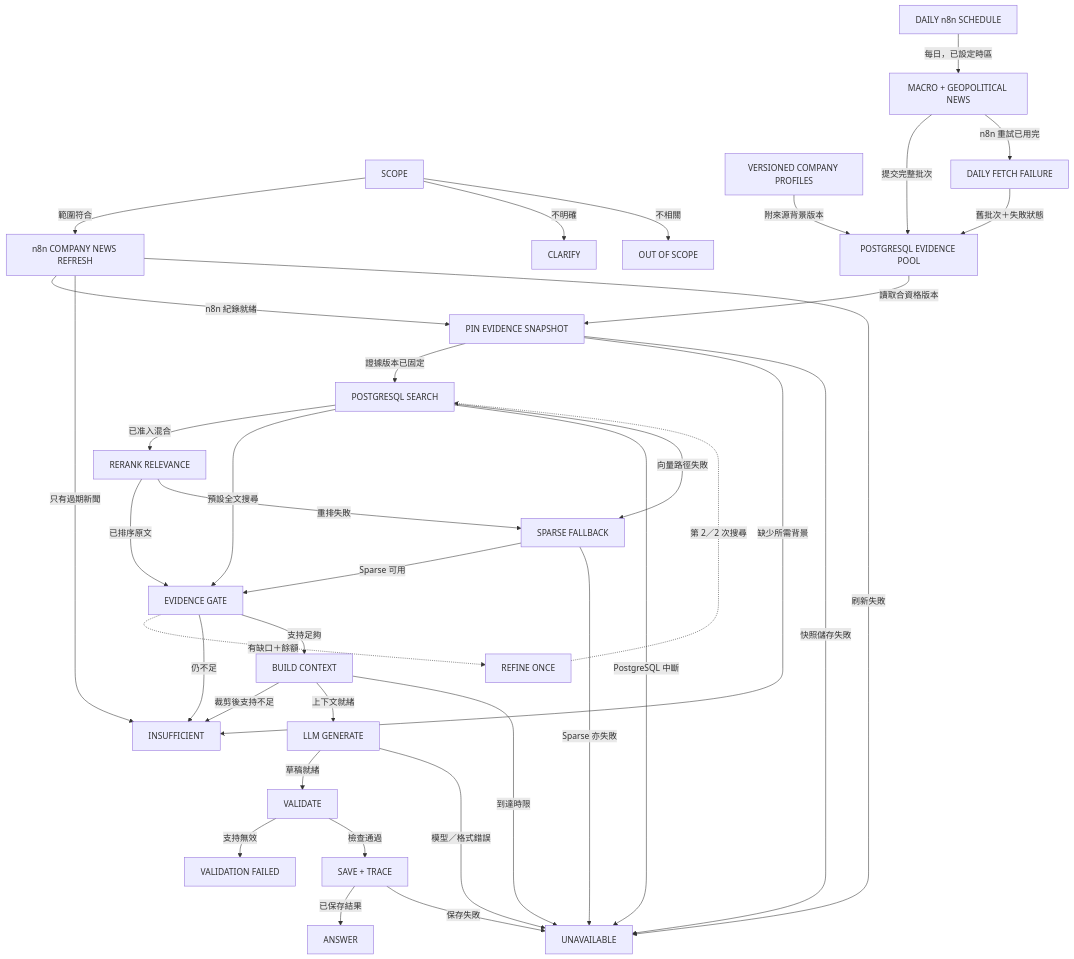
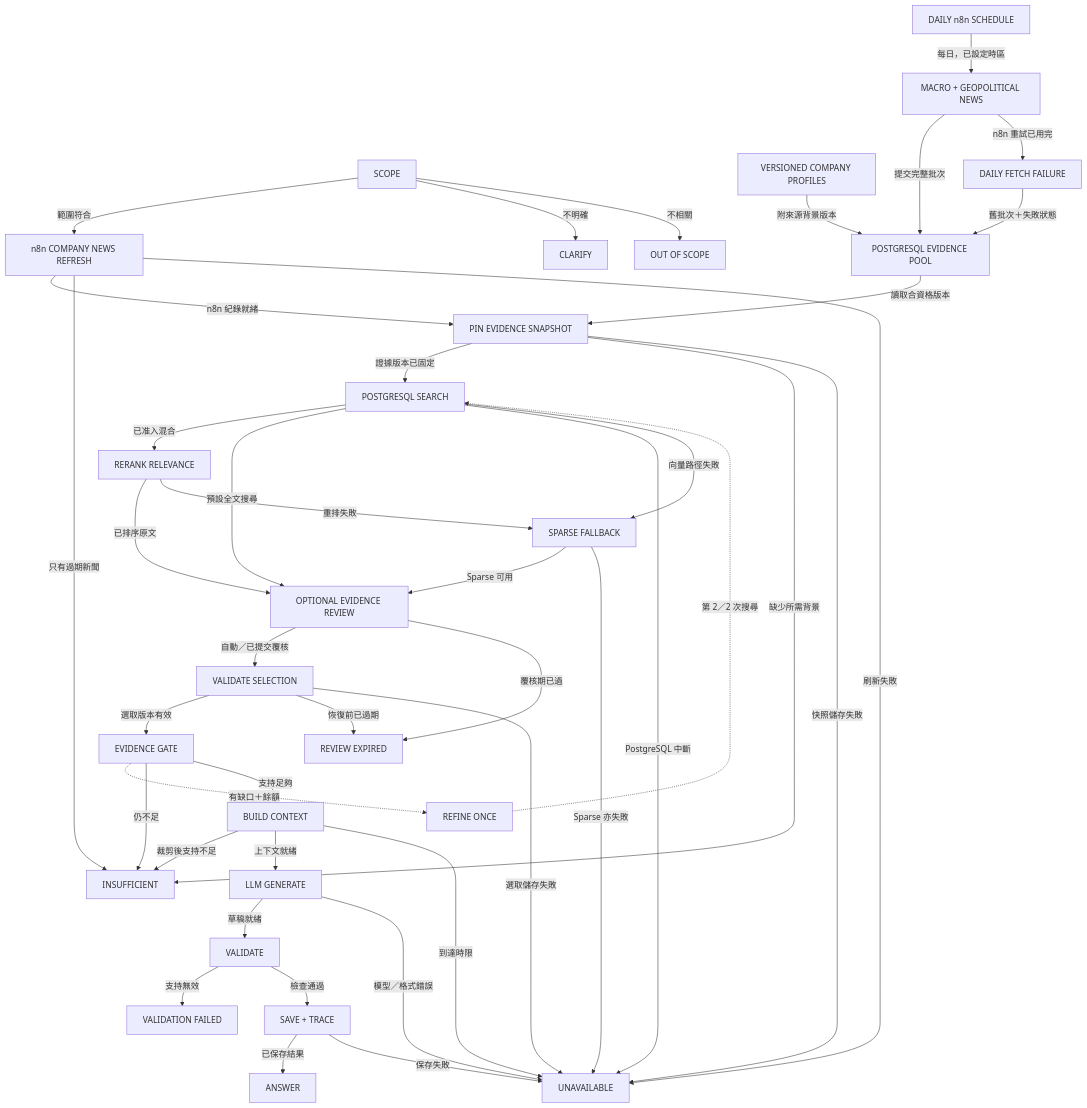
The diagram in public/downloads/finance-diagrams/overall-zh.mmd (ByronHo68/ai-learning-academy), drawn with Mermaid before and after one commit. The commit also changed 64 other files, not shown here.

Commit message:
Add optional evidence review to stock research workflow and guide

```diff
--- a/public/downloads/finance-diagrams/overall-zh.mmd
+++ b/public/downloads/finance-diagrams/overall-zh.mmd
@@ -1,60 +1,68 @@
 flowchart TD
   n0["SCOPE"]
   n1["n8n COMPANY NEWS REFRESH"]
   n2["PIN EVIDENCE SNAPSHOT"]
   n3["POSTGRESQL SEARCH"]
   n4["RERANK RELEVANCE"]
   n5["SPARSE FALLBACK"]
-  n6["EVIDENCE GATE"]
-  n7["REFINE ONCE"]
-  n8["BUILD CONTEXT"]
-  n9["LLM GENERATE"]
-  n10["VALIDATE"]
-  n11["SAVE + TRACE"]
-  n12["ANSWER"]
-  n13["INSUFFICIENT"]
-  n14["OUT OF SCOPE"]
-  n15["CLARIFY"]
-  n16["UNAVAILABLE"]
-  n17["VALIDATION FAILED"]
-  n18["DAILY n8n SCHEDULE"]
-  n19["MACRO + GEOPOLITICAL NEWS"]
-  n20["VERSIONED COMPANY PROFILES"]
-  n21["POSTGRESQL EVIDENCE POOL"]
-  n22["DAILY FETCH FAILURE"]
+  n6["OPTIONAL EVIDENCE REVIEW"]
+  n7["VALIDATE SELECTION"]
+  n8["REVIEW EXPIRED"]
+  n9["EVIDENCE GATE"]
+  n10["REFINE ONCE"]
+  n11["BUILD CONTEXT"]
+  n12["LLM GENERATE"]
+  n13["VALIDATE"]
+  n14["SAVE + TRACE"]
+  n15["ANSWER"]
+  n16["INSUFFICIENT"]
+  n17["OUT OF SCOPE"]
+  n18["CLARIFY"]
+  n19["UNAVAILABLE"]
+  n20["VALIDATION FAILED"]
+  n21["DAILY n8n SCHEDULE"]
+  n22["MACRO + GEOPOLITICAL NEWS"]
+  n23["VERSIONED COMPANY PROFILES"]
+  n24["POSTGRESQL EVIDENCE POOL"]
+  n25["DAILY FETCH FAILURE"]
   n0 -- "範圍符合" --> n1
-  n0 -- "不明確" --> n15
-  n0 -- "不相關" --> n14
+  n0 -- "不明確" --> n18
+  n0 -- "不相關" --> n17
   n1 -- "n8n 紀錄就緒" --> n2
   n2 -- "證據版本已固定" --> n3
-  n2 -- "缺少所需背景" --> n13
-  n2 -- "快照儲存失敗" --> n16
-  n1 -- "只有過期新聞" --> n13
-  n1 -- "刷新失敗" --> n16
+  n2 -- "缺少所需背景" --> n16
+  n2 -- "快照儲存失敗" --> n19
+  n1 -- "只有過期新聞" --> n16
+  n1 -- "刷新失敗" --> n19
   n3 -- "已准入混合" --> n4
   n3 -- "預設全文搜尋" --> n6
-  n3 -- "PostgreSQL 中斷" --> n16
+  n3 -- "PostgreSQL 中斷" --> n19
   n3 -- "向量路徑失敗" --> n5
   n4 -- "已排序原文" --> n6
   n4 -- "重排失敗" --> n5
   n5 -- "Sparse 可用" --> n6
-  n5 -- "Sparse 亦失敗" --> n16
-  n6 -. "有缺口＋餘額" .-> n7
-  n7 -. "第 2／2 次搜尋" .-> n3
-  n6 -- "仍不足" --> n13
-  n6 -- "支持足夠" --> n8
-  n8 -- "裁剪後支持不足" --> n13
-  n8 -- "上下文就緒" --> n9
-  n8 -- "到達時限" --> n16
-  n9 -- "草稿就緒" --> n10
-  n9 -- "模型／格式錯誤" --> n16
-  n10 -- "支持無效" --> n17
-  n10 -- "檢查通過" --> n11
-  n11 -- "已保存結果" --> n12
-  n11 -- "保存失敗" --> n16
-  n18 -- "每日，已設定時區" --> n19
-  n19 -- "提交完整批次" --> n21
-  n19 -- "n8n 重試已用完" --> n22
-  n22 -- "舊批次＋失敗狀態" --> n21
-  n20 -- "附來源背景版本" --> n21
-  n21 -- "讀取合資格版本" --> n2
+  n5 -- "Sparse 亦失敗" --> n19
+  n6 -- "自動／已提交覆核" --> n7
+  n6 -- "覆核期已過" --> n8
+  n7 -- "選取版本有效" --> n9
+  n7 -- "恢復前已過期" --> n8
+  n7 -- "選取儲存失敗" --> n19
+  n9 -. "有缺口＋餘額" .-> n10
+  n10 -. "第 2／2 次搜尋" .-> n3
+  n9 -- "仍不足" --> n16
+  n9 -- "支持足夠" --> n11
+  n11 -- "裁剪後支持不足" --> n16
+  n11 -- "上下文就緒" --> n12
+  n11 -- "到達時限" --> n19
+  n12 -- "草稿就緒" --> n13
+  n12 -- "模型／格式錯誤" --> n19
+  n13 -- "支持無效" --> n20
+  n13 -- "檢查通過" --> n14
+  n14 -- "已保存結果" --> n15
+  n14 -- "保存失敗" --> n19
+  n21 -- "每日，已設定時區" --> n22
+  n22 -- "提交完整批次" --> n24
+  n22 -- "n8n 重試已用完" --> n25
+  n25 -- "舊批次＋失敗狀態" --> n24
+  n23 -- "附來源背景版本" --> n24
+  n24 -- "讀取合資格版本" --> n2
```
